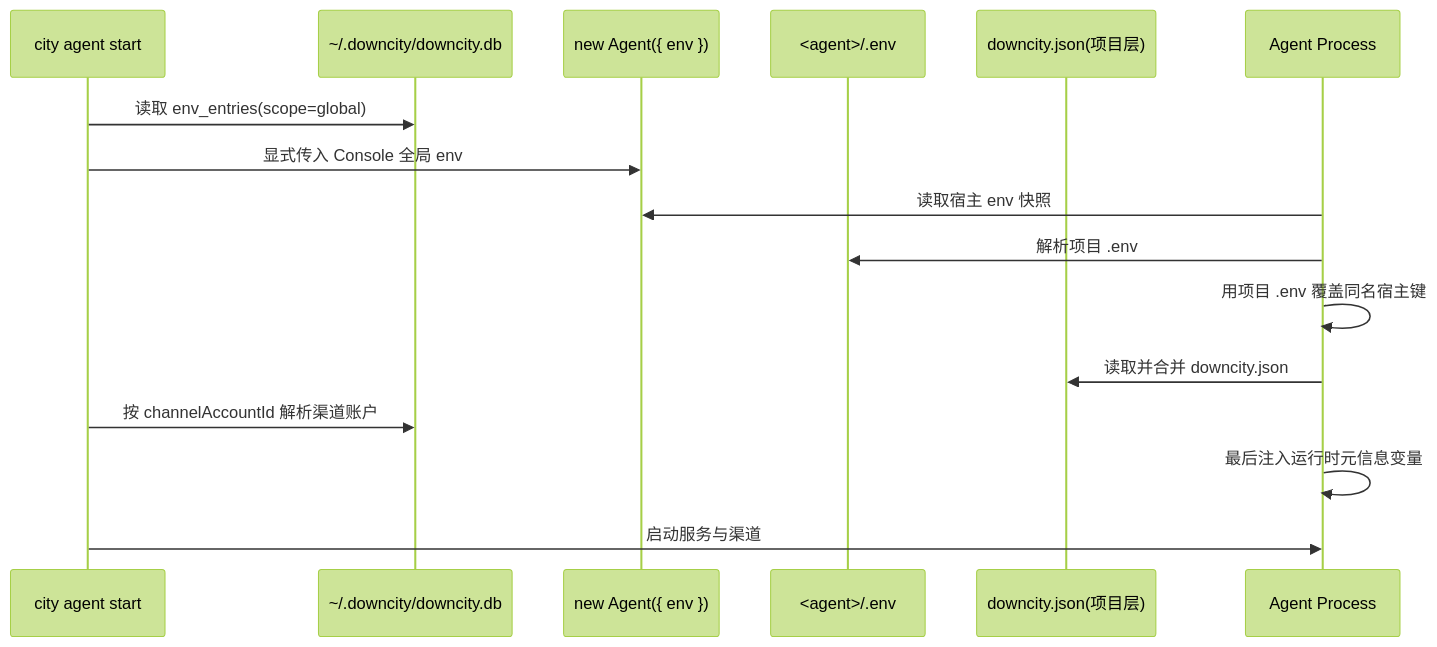
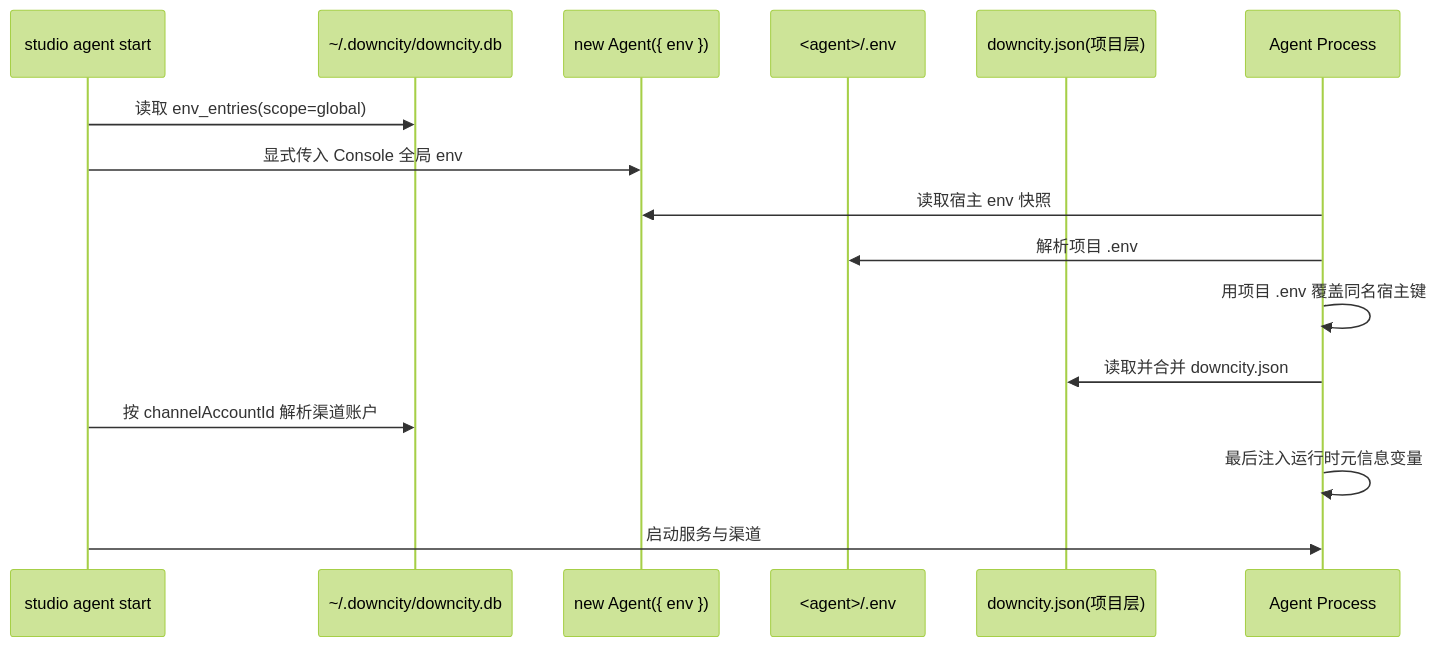
The first of 2 diagrams in homepage/content/docs/zh/configuration/environment-variables.mdx (wangenius/downcity), drawn with Mermaid (forest theme) before and after one commit. The commit also changed other lines of this file and 1024 other files, not shown here.

Commit message:
refactor: align city gate studio naming

````diff
--- a/homepage/content/docs/zh/configuration/environment-variables.mdx
+++ b/homepage/content/docs/zh/configuration/environment-variables.mdx
@@ -37,19 +37,19 @@
 ```mermaid
 sequenceDiagram
-  participant CLI as city agent start
+  participant CLI as studio agent start
   participant DB as ~/.downcity/downcity.db
   participant HOST as new Agent({ env })
   participant ENV as <agent>/.env
   participant JSON as downcity.json(项目层)
   participant RT as Agent Process
 
   CLI->>DB: 读取 env_entries(scope=global)
   CLI->>HOST: 显式传入 Console 全局 env
   RT->>HOST: 读取宿主 env 快照
   RT->>ENV: 解析项目 .env
   RT->>RT: 用项目 .env 覆盖同名宿主键
   RT->>JSON: 读取并合并 downcity.json
   CLI->>DB: 按 channelAccountId 解析渠道账户
   RT->>RT: 最后注入运行时元信息变量
   CLI->>RT: 启动服务与渠道
 ```
````
